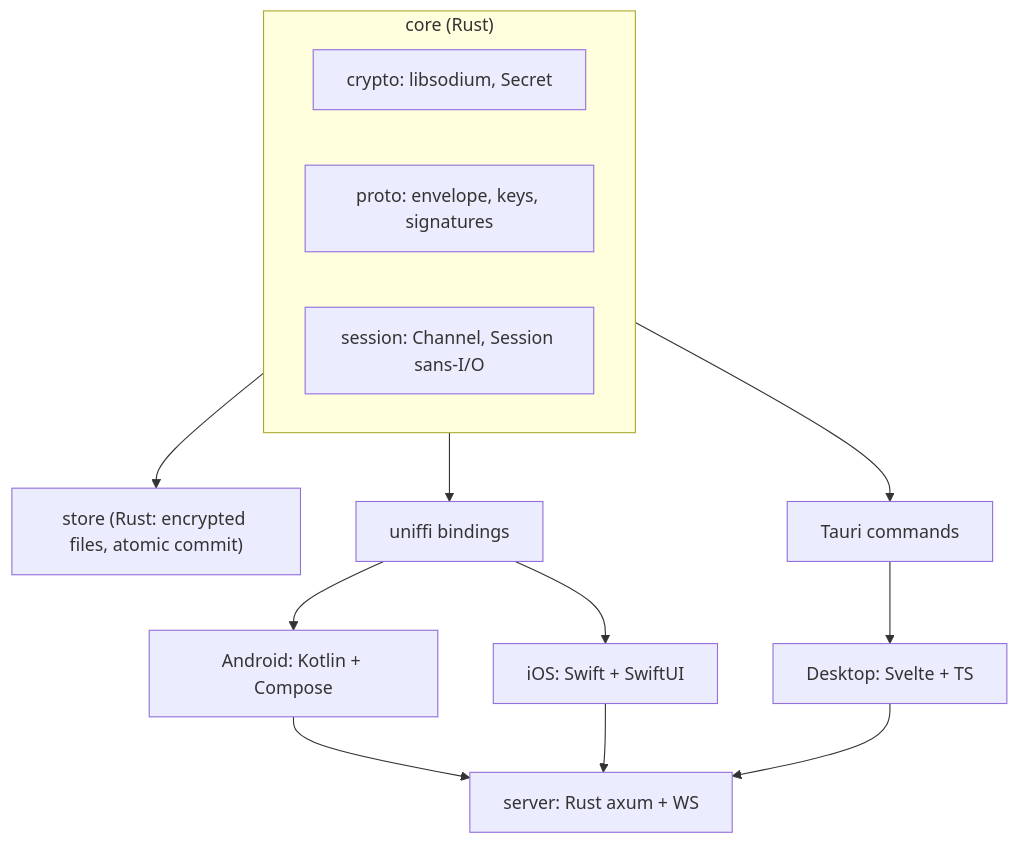
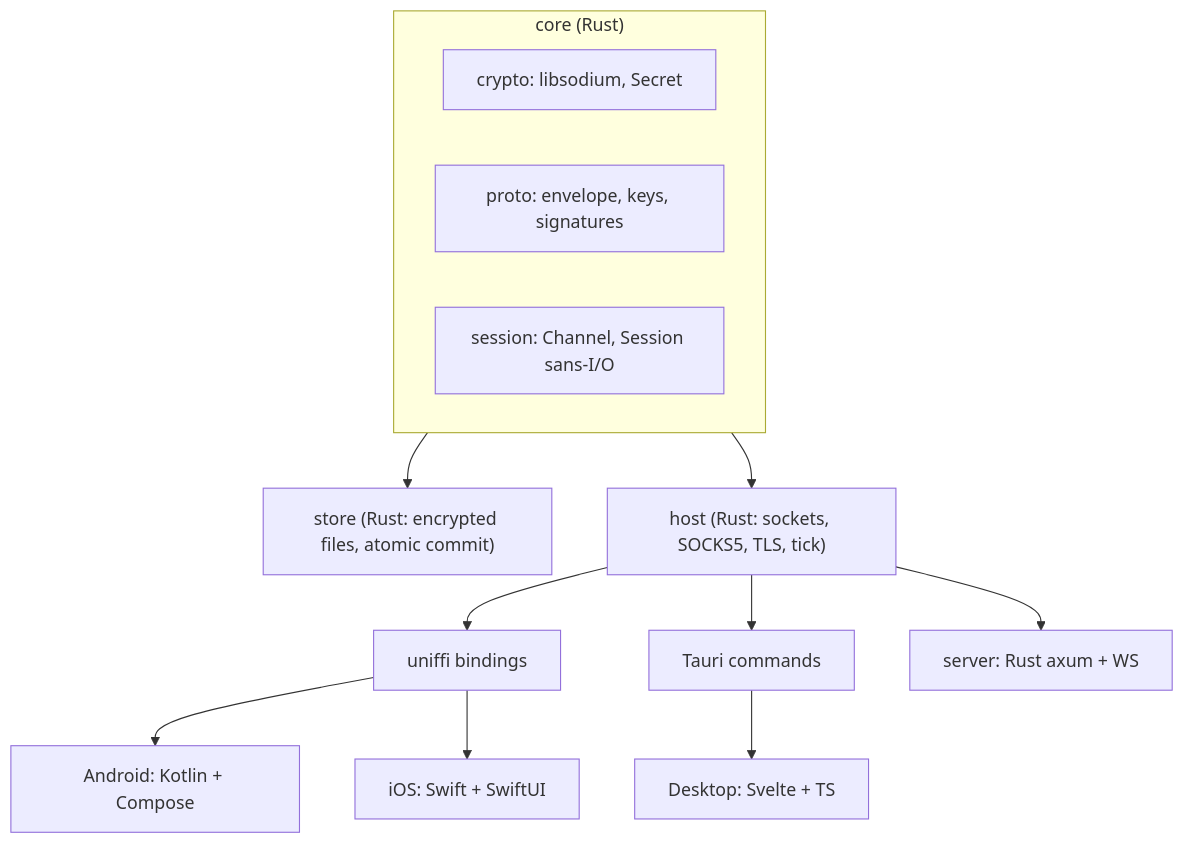
One commit to maarcv/privatechat changed the third of 4 diagrams in docs/spec.md. Above: the diagram before and after it, drawn with Mermaid. The commit also changed other lines of this file, not shown here.

First line of the commit message:
docs: §8 and §9 per specs 041, 042 and 060; §10 bindings 040 to 042

````diff
--- a/docs/spec.md
+++ b/docs/spec.md
@@ -434,16 +434,18 @@
 ```mermaid
 flowchart TD
     subgraph core["core (Rust)"]
         crypto[crypto: libsodium, Secret]
         proto[proto: envelope, keys, signatures]
         session[session: Channel, Session sans-I/O]
     end
     store["store (Rust: encrypted files, atomic commit)"]
     core --> store
-    core --> uniffi[uniffi bindings]
-    core --> tauri[Tauri commands]
+    host["host (Rust: sockets, SOCKS5, TLS, tick)"]
+    core --> host
+    host --> uniffi[uniffi bindings]
+    host --> tauri[Tauri commands]
     uniffi --> android[Android: Kotlin + Compose]
     uniffi --> ios[iOS: Swift + SwiftUI]
     tauri --> desktop[Desktop: Svelte + TS]
-    android & ios & desktop --> server[server: Rust axum + WS]
+    host --> server[server: Rust axum + WS]
 ```
````
